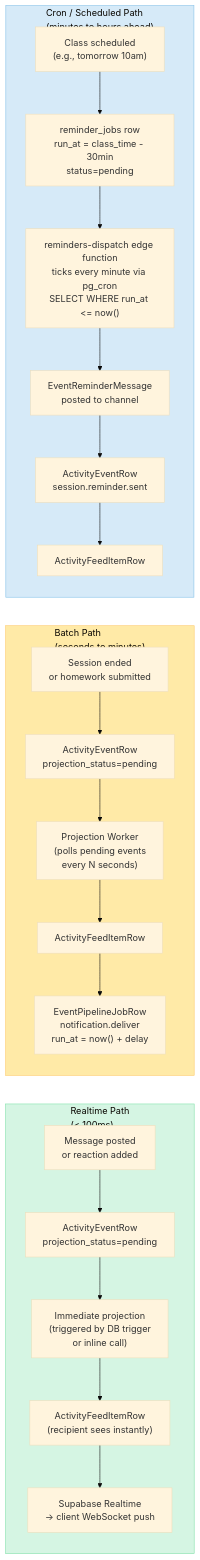
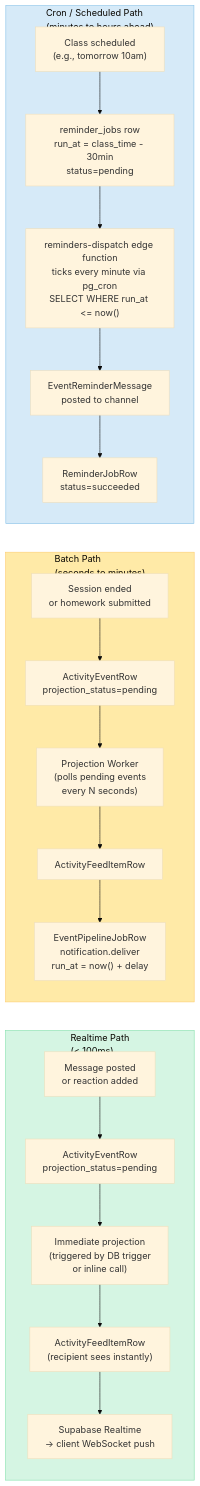
Before and after one commit to heidisoft/iconicedu-monorepo: diagram 26 of 31 in docs/architecture/feature-diagrams.md, drawn with Mermaid (base theme). The commit also changed other lines of this file and 41 other files, not shown here.

````diff
--- a/docs/architecture/feature-diagrams.md
+++ b/docs/architecture/feature-diagrams.md
@@ -1403,37 +1402,36 @@
 ```mermaid
 flowchart LR
     subgraph RT["Realtime Path\n(< 100ms)"]
         MSG_POST["Message posted\nor reaction added"]
         RT_EVENT["ActivityEventRow\nprojection_status=pending"]
         RT_PROJECT["Immediate projection\n(triggered by DB trigger\nor inline call)"]
         RT_FEED["ActivityFeedItemRow\n(recipient sees instantly)"]
         RT_PUSH["Supabase Realtime\n→ client WebSocket push"]
 
         MSG_POST --> RT_EVENT --> RT_PROJECT --> RT_FEED --> RT_PUSH
     end
 
     subgraph BATCH["Batch Path\n(seconds to minutes)"]
         SESSION_END2["Session ended\nor homework submitted"]
         BATCH_EVENT["ActivityEventRow\nprojection_status=pending"]
         BATCH_WORKER["Projection Worker\n(polls pending events\nevery N seconds)"]
         BATCH_FEED["ActivityFeedItemRow"]
         BATCH_NOTIF["EventPipelineJobRow\nnotification.deliver\nrun_at = now() + delay"]
 
         SESSION_END2 --> BATCH_EVENT --> BATCH_WORKER --> BATCH_FEED --> BATCH_NOTIF
     end
 
     subgraph CRON["Cron / Scheduled Path\n(minutes to hours ahead)"]
         SCHED_CLASS["Class scheduled\n(e.g., tomorrow 10am)"]
         REMINDER_JOB["reminder_jobs row\nrun_at = class_time - 30min\nstatus=pending"]
         CRON_TICK["reminders-dispatch edge function\nticks every minute via pg_cron\nSELECT WHERE run_at <= now()"]
         REMINDER_MSG["EventReminderMessage\nposted to channel"]
-        CRON_EVENT["ActivityEventRow\nsession.reminder.sent"]
-        CRON_FEED["ActivityFeedItemRow"]
+        CRON_DONE["ReminderJobRow\nstatus=succeeded"]
 
-        SCHED_CLASS --> REMINDER_JOB --> CRON_TICK --> REMINDER_MSG --> CRON_EVENT --> CRON_FEED
+        SCHED_CLASS --> REMINDER_JOB --> CRON_TICK --> REMINDER_MSG --> CRON_DONE
     end
 
     style RT fill:#d5f5e3,stroke:#82e0aa
     style BATCH fill:#ffeaa7,stroke:#fdcb6e
     style CRON fill:#d6eaf8,stroke:#85c1e9
 ```
````
